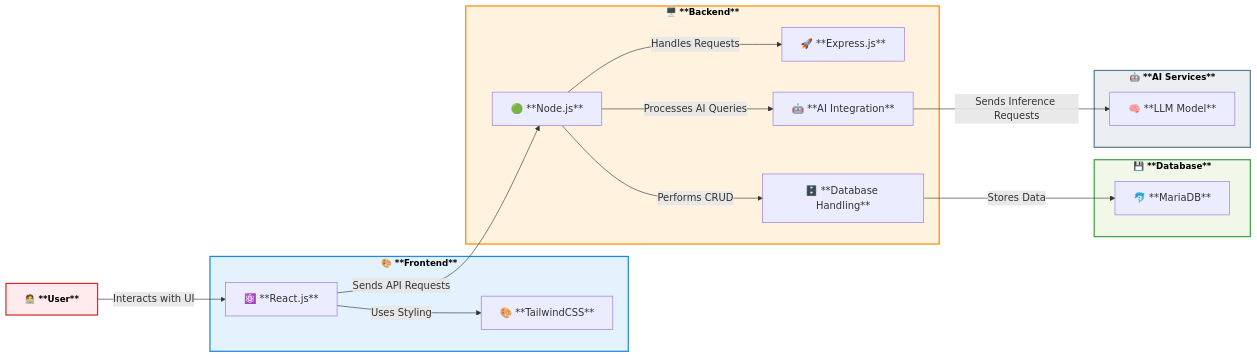
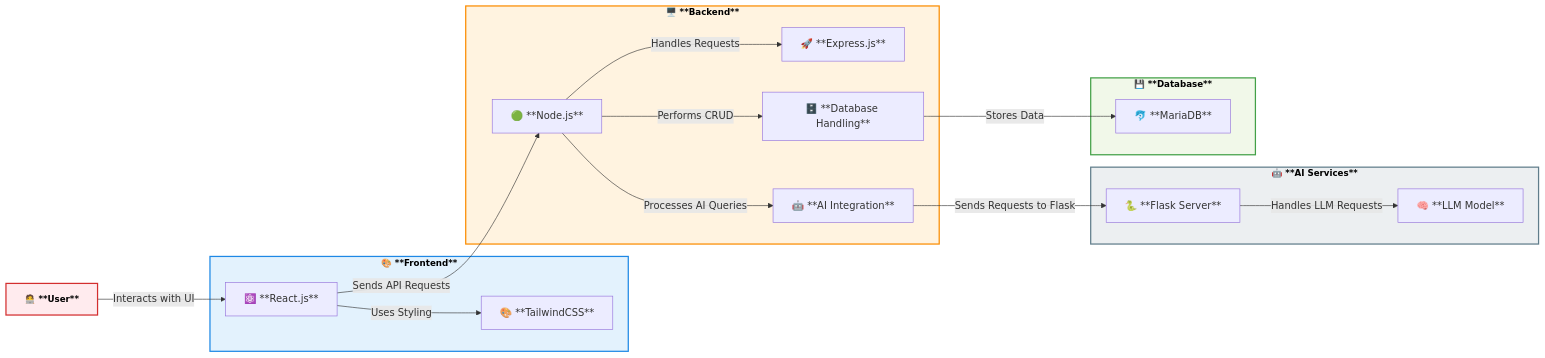
Before and after one commit to josepablo98/techie: the diagram in architecture/architecture.mermaid, drawn with Mermaid. The commit also changed 2 other files, not shown here.

```diff
--- a/architecture/architecture.mermaid
+++ b/architecture/architecture.mermaid
@@ -1,48 +1,50 @@
 graph LR;
     %% Dirección del flujo
     direction LR
 
     %% Definición de nodos
     U["🧑‍💻 **User**"] 
     subgraph Frontend ["🎨 **Frontend**"]
         React["⚛️ **React.js**"]
         Tailwind["🎨 **TailwindCSS**"]
     end
 
     subgraph Backend ["🖥️ **Backend**"]
         Node["🟢 **Node.js**"]
         Express["🚀 **Express.js**"]
         AI["🤖 **AI Integration**"]
         DBHandler["🗄️ **Database Handling**"]
     end
 
+    subgraph AI_Services ["🤖 **AI Services**"]
+        Flask["🐍 **Flask Server**"]
+        LLM["🧠 **LLM Model**"]
+    end
+
     subgraph Database ["💾 **Database**"]
         MariaDB["🐬 **MariaDB**"]
-    end
-
-    subgraph AI_Services ["🤖 **AI Services**"]
-        LLM["🧠 **LLM Model**"]
     end
 
     %% Conexiones
     U -->|Interacts with UI| React
     React -->|Uses Styling| Tailwind
     React -->|Sends API Requests| Node
     Node -->|Handles Requests| Express
     Node -->|Performs CRUD| DBHandler
     DBHandler -->|Stores Data| MariaDB
     Node -->|Processes AI Queries| AI
-    AI -->|Sends Inference Requests| LLM
+    AI -->|Sends Requests to Flask| Flask
+    Flask -->|Handles LLM Requests| LLM
 
     %% Estilos mejorados
     classDef frontend fill:#E3F2FD,stroke:#1E88E5,stroke-width:2px,color:#000,font-weight:bold,font-size:14px;
     classDef backend fill:#FFF3E0,stroke:#FB8C00,stroke-width:2px,color:#000,font-weight:bold,font-size:14px;
     classDef database fill:#F1F8E9,stroke:#43A047,stroke-width:2px,color:#000,font-weight:bold,font-size:14px;
     classDef cloud fill:#ECEFF1,stroke:#607D8B,stroke-width:2px,color:#000,font-weight:bold,font-size:14px;
     classDef actor fill:#FFEBEE,stroke:#D32F2F,stroke-width:2px,color:#000,font-weight:bold,font-size:14px;
 
     class Frontend frontend;
     class Backend backend;
     class Database database;
     class AI_Services cloud;
     class U actor;
```
